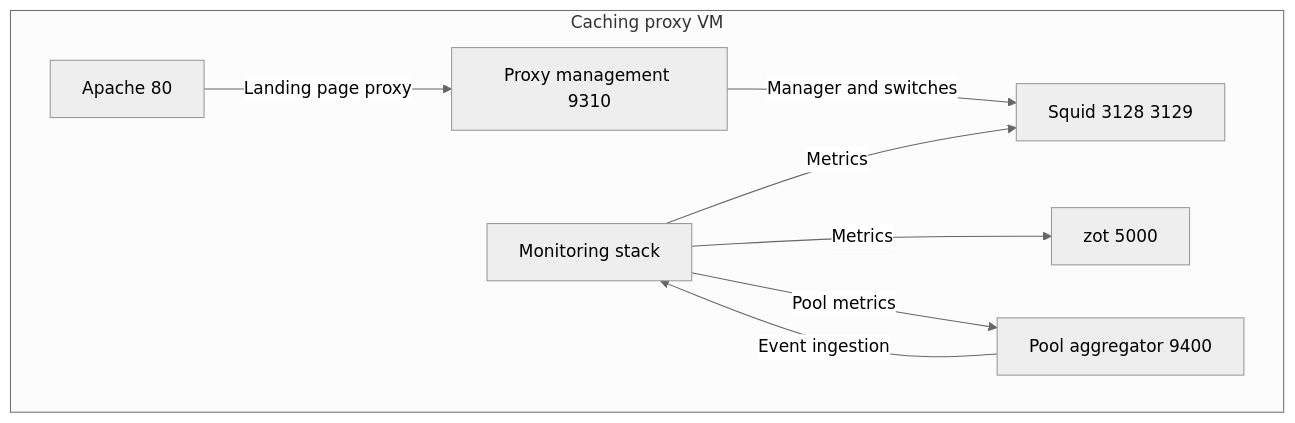
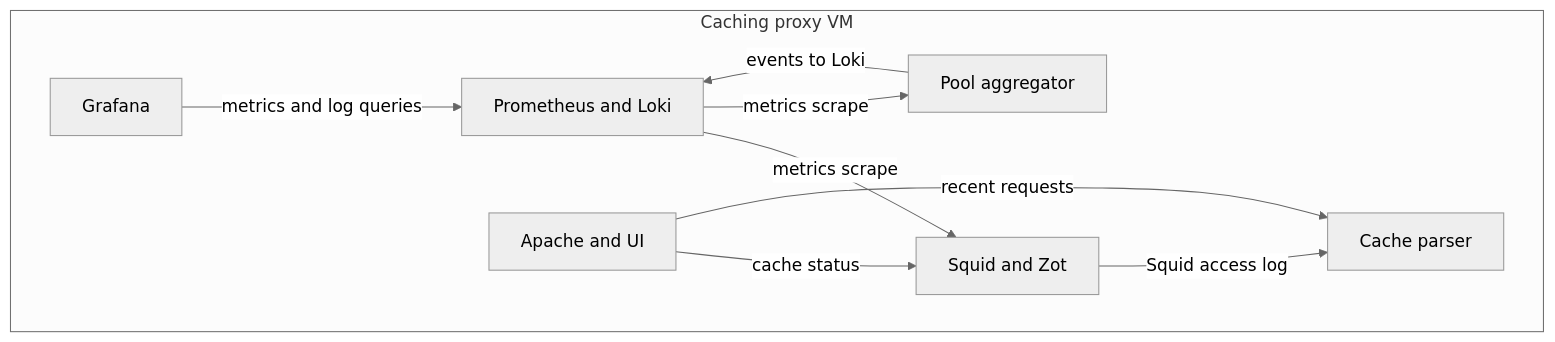
The third of 5 diagrams in docs/design/06-deployment.md (alissonsol/yuruna), drawn with Mermaid (neutral theme) before and after one commit. The commit also changed other lines of this file and 1383 other files, not shown here.

````diff
--- a/docs/design/06-deployment.md
+++ b/docs/design/06-deployment.md
@@ -72,17 +127,18 @@
 ```mermaid
 flowchart TB
-    subgraph caching-proxy-service-vm["Caching proxy VM"]
-        squid["Squid 3128 3129"]
-        zot["zot 5000"]
-        apache["Apache 80"]
-        caching-proxy-service["Proxy management 9310"]
-        pool-aggregator-service["Pool aggregator 9400"]
-        monitoring["Monitoring stack"]
-        apache -->|Landing page proxy| caching-proxy-service
-        caching-proxy-service -->|Manager and switches| squid
-        monitoring -->|Metrics| squid
-        monitoring -->|Metrics| zot
-        monitoring -->|Pool metrics| pool-aggregator-service
-        pool-aggregator-service -->|Event ingestion| monitoring
+    subgraph caching-proxy-service["Caching proxy VM"]
+        squid-zot["Squid and Zot"]
+        caching-proxy-parser-service["Cache parser"]
+        pool-aggregator-service["Pool aggregator"]
+        prometheus-loki["Prometheus and Loki"]
+        grafana["Grafana"]
+        apache2["Apache and UI"]
     end
+    squid-zot -->|Squid access log| caching-proxy-parser-service
+    prometheus-loki -->|metrics scrape| squid-zot
+    prometheus-loki -->|metrics scrape| pool-aggregator-service
+    pool-aggregator-service -->|events to Loki| prometheus-loki
+    grafana -->|metrics and log queries| prometheus-loki
+    apache2 -->|cache status| squid-zot
+    apache2 -->|recent requests| caching-proxy-parser-service
 ```
````
